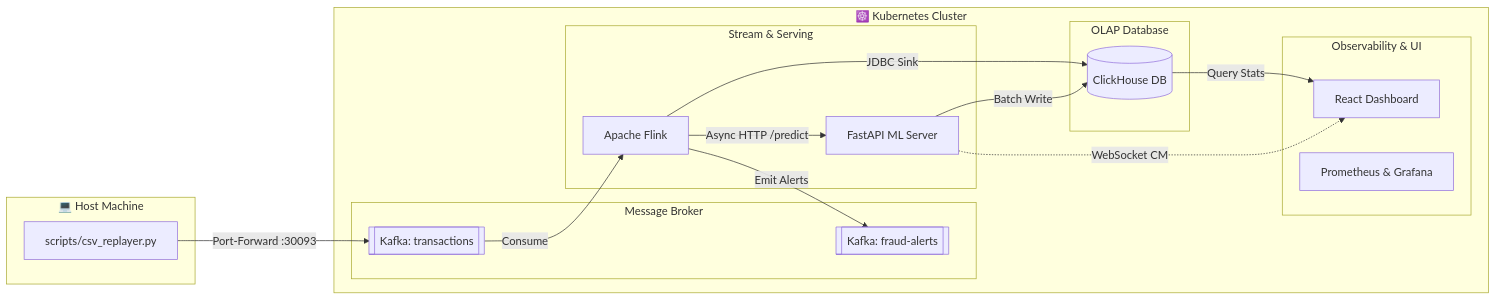
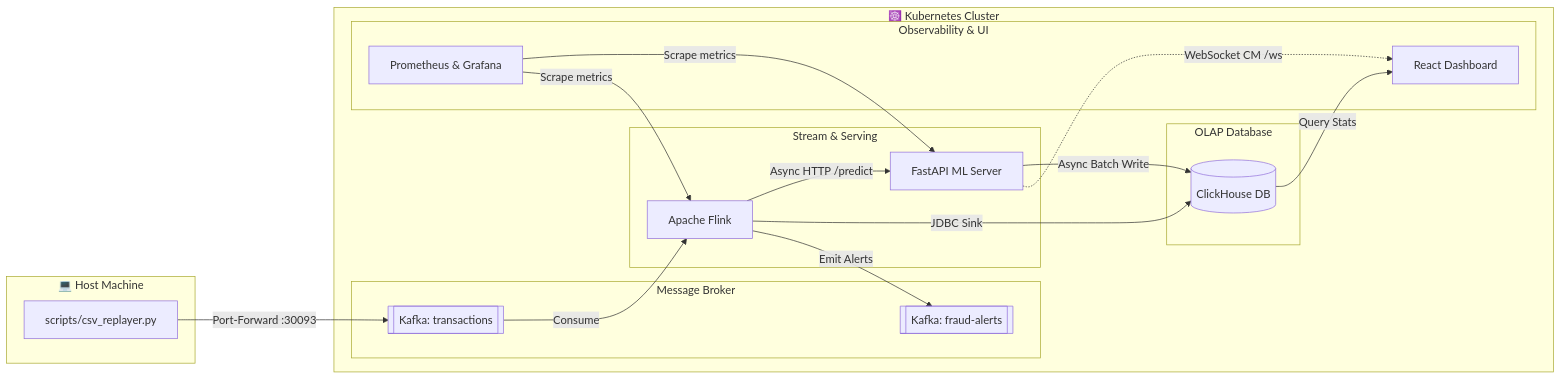
Before and after one commit to drakan02/fraud-detection-pipeline: the diagram in README.md, drawn with Mermaid. The commit also changed other lines of this file and 33 other files, not shown here.

````diff
--- a/README.md
+++ b/README.md
@@ -16,41 +30,42 @@
 ```mermaid
 flowchart LR
     subgraph Host ["💻 Host Machine"]
         REP["scripts/csv_replayer.py"]
     end
 
     subgraph Cluster ["☸️ Kubernetes Cluster"]
         subgraph Broker ["Message Broker"]
             K_TXN[["Kafka: transactions"]]
             K_ALT[["Kafka: fraud-alerts"]]
         end
 
         subgraph Processing ["Stream & Serving"]
             FLINK["Apache Flink"]
             API["FastAPI ML Server"]
         end
 
         subgraph DB ["OLAP Database"]
             CH[("ClickHouse DB")]
         end
 
         subgraph UI ["Observability & UI"]
             DASH["React Dashboard"]
             MONITOR["Prometheus & Grafana"]
         end
     end
 
     %% Core Data Flow
     REP -->|"Port-Forward :30093"| K_TXN
     K_TXN -->|Consume| FLINK
     FLINK -->|Async HTTP /predict| API
-    
     %% Storage & Output Flow
     FLINK -->|JDBC Sink| CH
-    API -->|Batch Write| CH
+    API -->|Async Batch Write| CH
     FLINK -->|Emit Alerts| K_ALT
 
     %% UI & Metrics Flow
     CH -->|Query Stats| DASH
-    API -.->|WebSocket CM| DASH
+    API -.->|WebSocket CM /ws| DASH
+    MONITOR -->|Scrape metrics| API
+    MONITOR -->|Scrape metrics| FLINK
 ```
````
